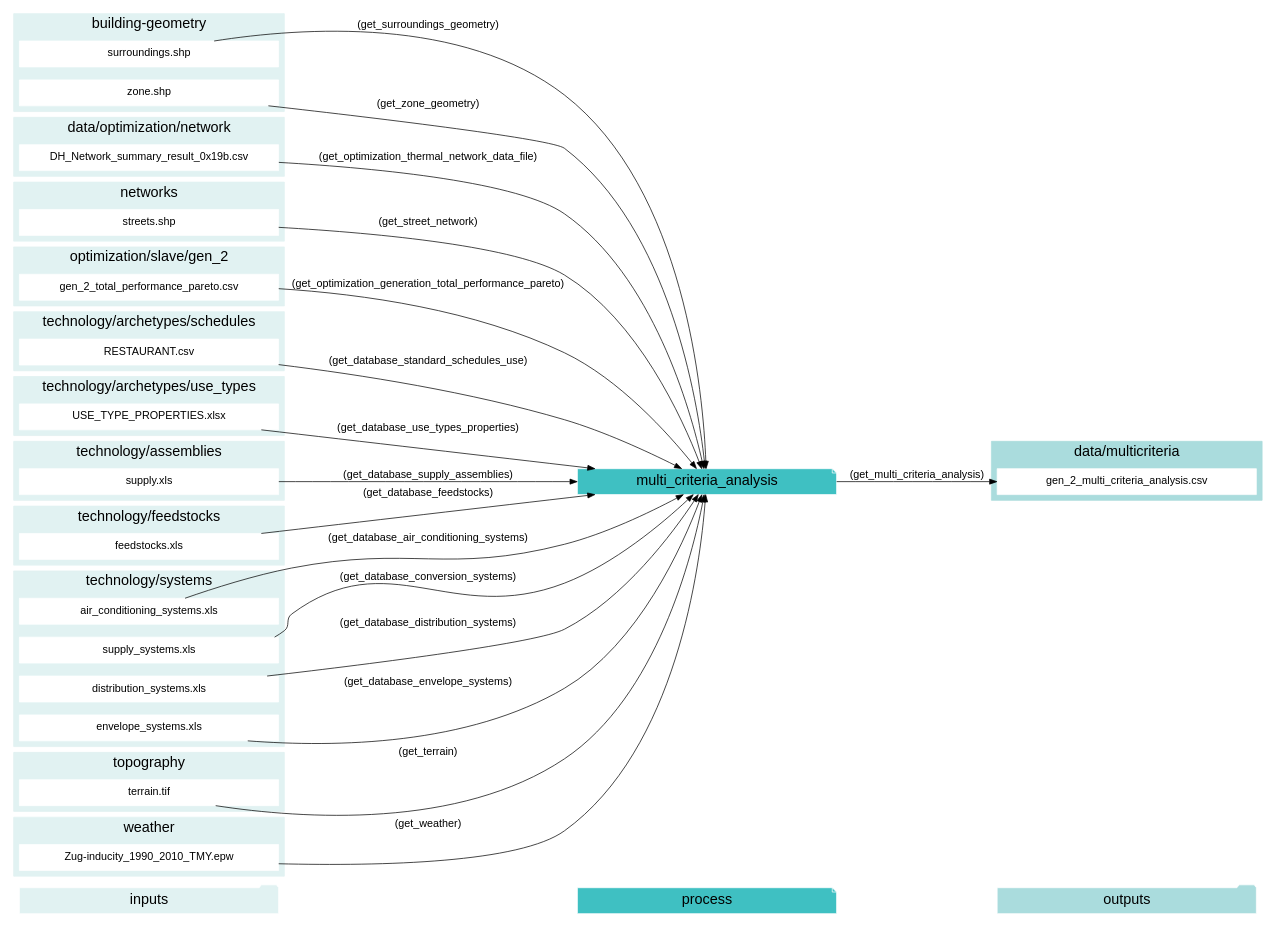
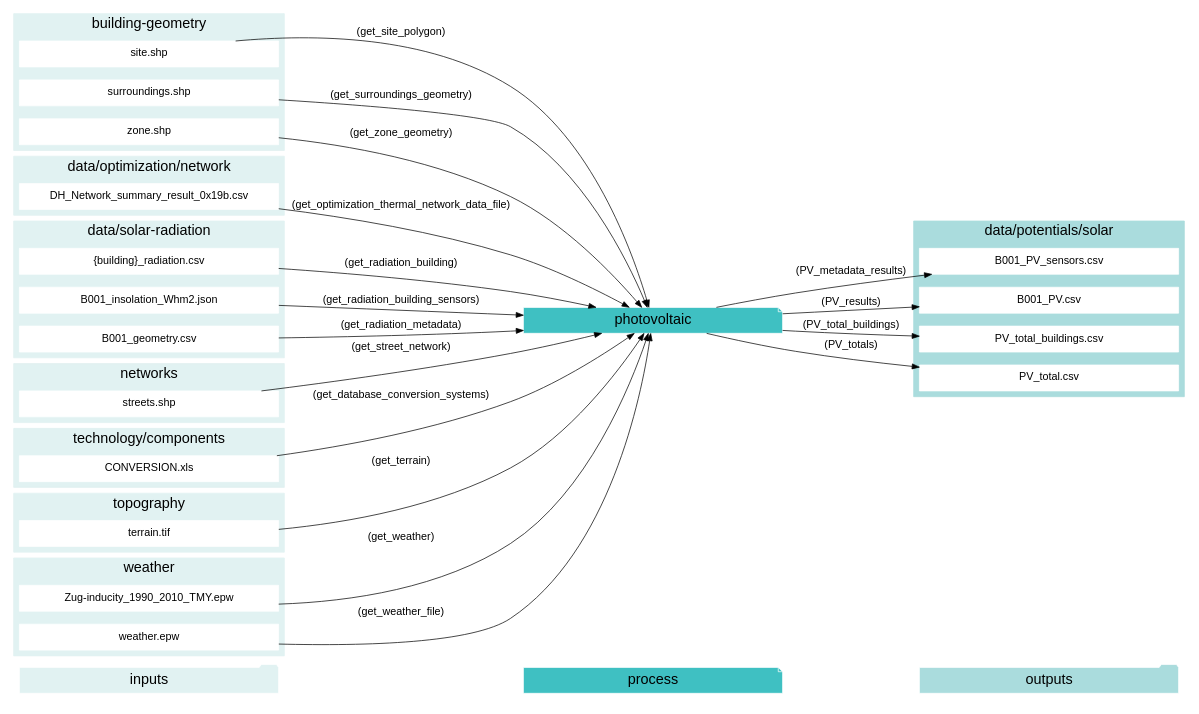
The second of 23 diagrams in docs/script-data-flow.rst (architecture-building-systems/CityEnergyAnalyst), drawn with Graphviz before and after one commit. The commit also changed other lines of this file and 24 other files, not shown here.

```diff
--- a/docs/script-data-flow.rst
+++ b/docs/script-data-flow.rst
@@ -180,25 +116,18 @@
     "inputs"->"process"[style=invis]
     "process"->"outputs"[style=invis]
     }
-    "multi_criteria_analysis"[style=filled, color=white, fillcolor="#3FC0C2", shape=note, fontsize=20, fontname=arial];
+    "photovoltaic"[style=filled, color=white, fillcolor="#3FC0C2", shape=note, fontsize=20, fontname=arial];
     subgraph cluster_0_in {
         style = filled;
         color = "#E1F2F2";
         fontsize = 20;
         rank=same;
         label="building-geometry";
+        "site.shp"
         "surroundings.shp"
         "zone.shp"
     }
-    subgraph cluster_1_out {
-        style = filled;
-        color = "#aadcdd";
-        fontsize = 20;
-        rank=same;
-        label="data/multicriteria";
-        "gen_2_multi_criteria_analysis.csv"
-    }
-    subgraph cluster_2_in {
+    subgraph cluster_1_in {
         style = filled;
         color = "#E1F2F2";
         fontsize = 20;
@@ -206,7 +135,28 @@
         label="data/optimization/network";
         "DH_Network_summary_result_0x19b.csv"
     }
+    subgraph cluster_2_out {
+        style = filled;
+        color = "#aadcdd";
+        fontsize = 20;
+        rank=same;
+        label="data/potentials/solar";
+        "B001_PV_sensors.csv"
+        "B001_PV.csv"
+        "PV_total_buildings.csv"
+        "PV_total.csv"
+    }
     subgraph cluster_3_in {
+        style = filled;
+        color = "#E1F2F2";
+        fontsize = 20;
+        rank=same;
+        label="data/solar-radiation";
+        "{building}_radiation.csv"
+        "B001_insolation_Whm2.json"
+        "B001_geometry.csv"
+    }
+    subgraph cluster_4_in {
         style = filled;
         color = "#E1F2F2";
         fontsize = 20;
@@ -214,58 +164,15 @@
         label="networks";
         "streets.shp"
     }
-    subgraph cluster_4_in {
-        style = filled;
-        color = "#E1F2F2";
-        fontsize = 20;
-        rank=same;
-        label="optimization/slave/gen_2";
-        "gen_2_total_performance_pareto.csv"
-    }
     subgraph cluster_5_in {
         style = filled;
         color = "#E1F2F2";
         fontsize = 20;
         rank=same;
-        label="technology/archetypes/schedules";
-        "RESTAURANT.csv"
+        label="technology/components";
+        "CONVERSION.xls"
     }
     subgraph cluster_6_in {
-        style = filled;
-        color = "#E1F2F2";
-        fontsize = 20;
-        rank=same;
-        label="technology/archetypes/use_types";
-        "USE_TYPE_PROPERTIES.xlsx"
-    }
-    subgraph cluster_7_in {
-        style = filled;
-        color = "#E1F2F2";
-        fontsize = 20;
-        rank=same;
-        label="technology/assemblies";
-        "supply.xls"
-    }
-    subgraph cluster_8_in {
-        style = filled;
-        color = "#E1F2F2";
-        fontsize = 20;
-        rank=same;
-        label="technology/feedstocks";
-        "feedstocks.xls"
-    }
-    subgraph cluster_9_in {
-        style = filled;
-        color = "#E1F2F2";
-        fontsize = 20;
-        rank=same;
-        label="technology/systems";
-        "air_conditioning_systems.xls"
-        "supply_systems.xls"
-        "distribution_systems.xls"
-        "envelope_systems.xls"
-    }
-    subgraph cluster_10_in {
         style = filled;
         color = "#E1F2F2";
         fontsize = 20;
@@ -273,28 +180,29 @@
         label="topography";
         "terrain.tif"
     }
-    subgraph cluster_11_in {
+    subgraph cluster_7_in {
         style = filled;
         color = "#E1F2F2";
         fontsize = 20;
         rank=same;
         label="weather";
         "Zug-inducity_1990_2010_TMY.epw"
+        "weather.epw"
     }
-    "air_conditioning_systems.xls" -> "multi_criteria_analysis"[label="(get_database_air_conditioning_systems)"]
-    "supply_systems.xls" -> "multi_criteria_analysis"[label="(get_database_conversion_systems)"]
-    "distribution_systems.xls" -> "multi_criteria_analysis"[label="(get_database_distribution_systems)"]
-    "envelope_systems.xls" -> "multi_criteria_analysis"[label="(get_database_envelope_systems)"]
-    "feedstocks.xls" -> "multi_criteria_analysis"[label="(get_database_feedstocks)"]
-    "RESTAURANT.csv" -> "multi_criteria_analysis"[label="(get_database_standard_schedules_use)"]
-    "supply.xls" -> "multi_criteria_analysis"[label="(get_database_supply_assemblies)"]
-    "USE_TYPE_PROPERTIES.xlsx" -> "multi_criteria_analysis"[label="(get_database_use_types_properties)"]
-    "gen_2_total_performance_pareto.csv" -> "multi_criteria_analysis"[label="(get_optimization_generation_total_performance_pareto)"]
-    "DH_Network_summary_result_0x19b.csv" -> "multi_criteria_analysis"[label="(get_optimization_thermal_network_data_file)"]
-    "streets.shp" -> "multi_criteria_analysis"[label="(get_street_network)"]
-    "surroundings.shp" -> "multi_criteria_analysis"[label="(get_surroundings_geometry)"]
-    "terrain.tif" -> "multi_criteria_analysis"[label="(get_terrain)"]
-    "Zug-inducity_1990_2010_TMY.epw" -> "multi_criteria_analysis"[label="(get_weather)"]
-    "zone.shp" -> "multi_criteria_analysis"[label="(get_zone_geometry)"]
-    "multi_criteria_analysis" -> "gen_2_multi_criteria_analysis.csv"[label="(get_multi_criteria_analysis)"]
+    "CONVERSION.xls" -> "photovoltaic"[label="(get_database_conversion_systems)"]
+    "DH_Network_summary_result_0x19b.csv" -> "photovoltaic"[label="(get_optimization_thermal_network_data_file)"]
+    "{building}_radiation.csv" -> "photovoltaic"[label="(get_radiation_building)"]
+    "B001_insolation_Whm2.json" -> "photovoltaic"[label="(get_radiation_building_sensors)"]
+    "B001_geometry.csv" -> "photovoltaic"[label="(get_radiation_metadata)"]
+    "site.shp" -> "photovoltaic"[label="(get_site_polygon)"]
+    "streets.shp" -> "photovoltaic"[label="(get_street_network)"]
+    "surroundings.shp" -> "photovoltaic"[label="(get_surroundings_geometry)"]
+    "terrain.tif" -> "photovoltaic"[label="(get_terrain)"]
+    "Zug-inducity_1990_2010_TMY.epw" -> "photovoltaic"[label="(get_weather)"]
+    "weather.epw" -> "photovoltaic"[label="(get_weather_file)"]
+    "zone.shp" -> "photovoltaic"[label="(get_zone_geometry)"]
+    "photovoltaic" -> "B001_PV_sensors.csv"[label="(PV_metadata_results)"]
+    "photovoltaic" -> "B001_PV.csv"[label="(PV_results)"]
+    "photovoltaic" -> "PV_total_buildings.csv"[label="(PV_total_buildings)"]
+    "photovoltaic" -> "PV_total.csv"[label="(PV_totals)"]
     }
```
